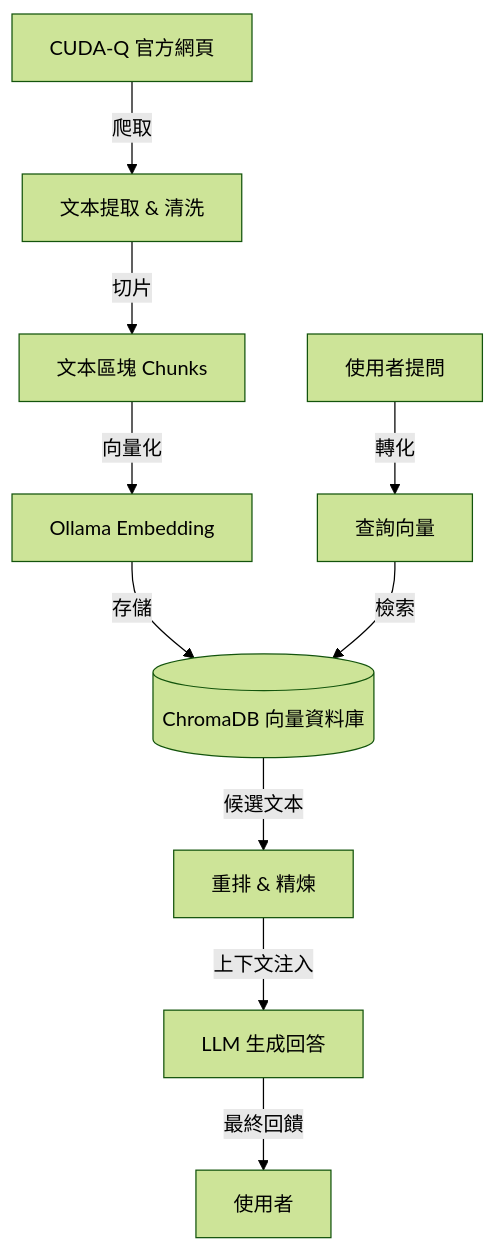
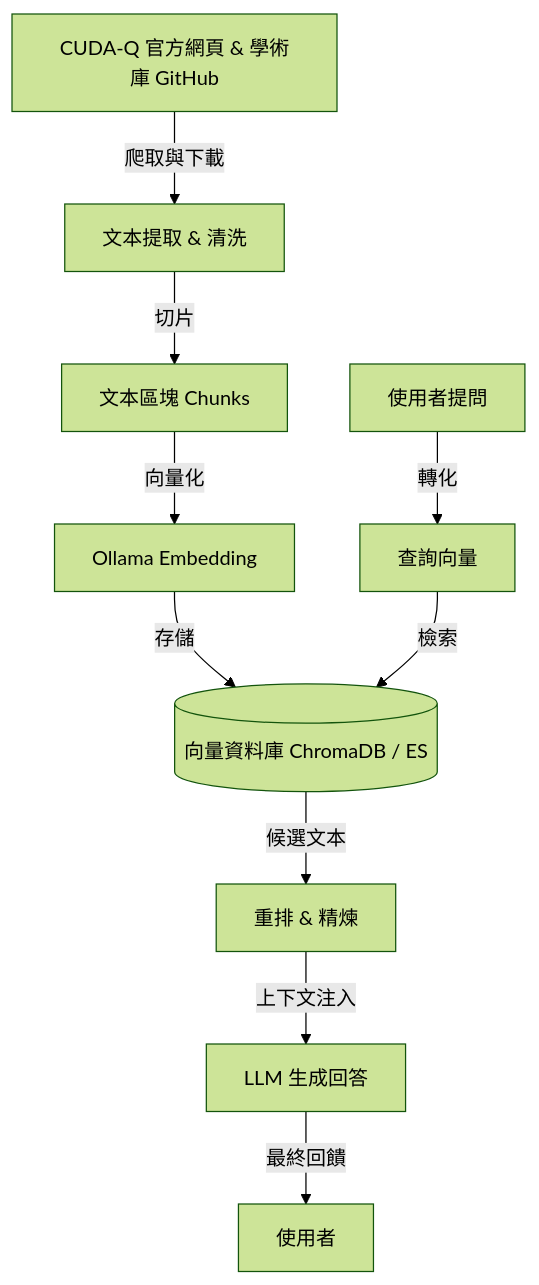
The diagram in readme.md (pinchiu/cudaq-rag-for-school), drawn with Mermaid (forest theme) before and after one commit. The commit also changed other lines of this file, not shown here.

````diff
--- a/readme.md
+++ b/readme.md
@@ -15,13 +15,13 @@
 ```mermaid
 graph TD
-    A[CUDA-Q 官方網頁] -->|爬取| B[文本提取 & 清洗]
+    A[CUDA-Q 官方網頁 & 學術庫 GitHub] -->|爬取與下載| B[文本提取 & 清洗]
     B -->|切片| C[文本區塊 Chunks]
     C -->|向量化| D[Ollama Embedding]
-    D -->|存儲| E[(ChromaDB 向量資料庫)]
+    D -->|存儲| E[(向量資料庫 ChromaDB / ES)]
     
     F[使用者提問] -->|轉化| G[查詢向量]
     G -->|檢索| E
     E -->|候選文本| H[重排 & 精煉]
     H -->|上下文注入| I[LLM 生成回答]
     I -->|最終回饋| J[使用者]
 ```
````
